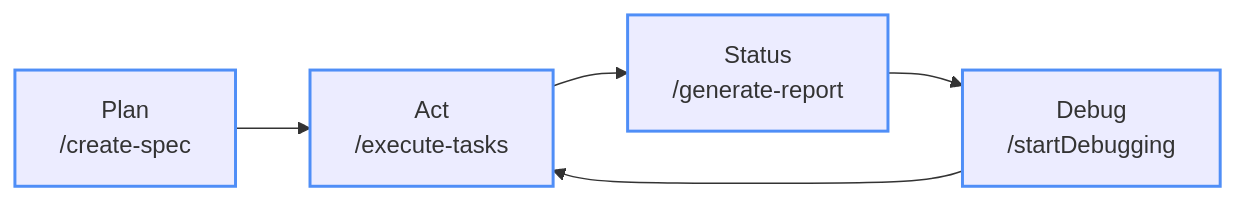
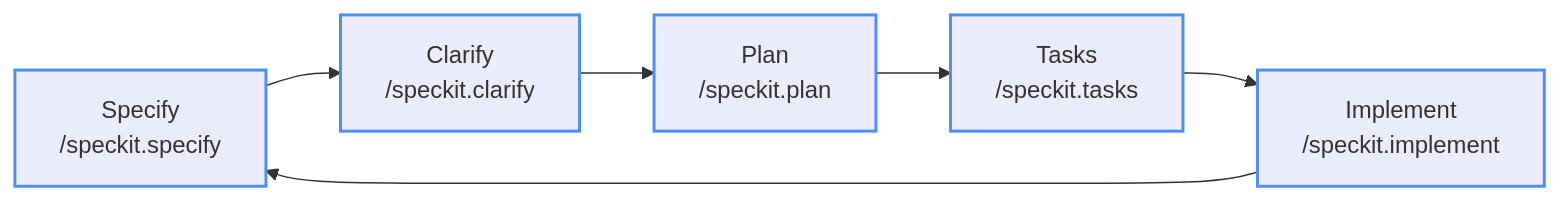
Before and after one commit to microsoft/github-copilot-advanced-hackathon: the diagram in goals/dotnet/2-requirements.md, drawn with Mermaid. The commit also changed other lines of this file and 10 other files, not shown here.

````diff
--- a/goals/dotnet/2-requirements.md
+++ b/goals/dotnet/2-requirements.md
@@ -116,11 +170,13 @@
 ```mermaid
 flowchart LR
-  Plan[Plan<br/>/create-spec] --> Act[Act<br/>/execute-tasks]
-  Act --> Status[Status<br/>/generate-report]
-  Status --> Debug[Debug<br/>/startDebugging]
-  Debug --> Act
+  Specify[Specify<br/>/speckit.specify] --> Clarify[Clarify<br/>/speckit.clarify]
+  Clarify --> Plan[Plan<br/>/speckit.plan]
+  Plan --> Tasks[Tasks<br/>/speckit.tasks]
+  Tasks --> Implement[Implement<br/>/speckit.implement]
+  Implement --> Specify
+  style Specify stroke:#4F8EF7,stroke-width:2px
+  style Clarify stroke:#4F8EF7,stroke-width:2px
   style Plan stroke:#4F8EF7,stroke-width:2px
-  style Act stroke:#4F8EF7,stroke-width:2px
-  style Status stroke:#4F8EF7,stroke-width:2px
-  style Debug stroke:#4F8EF7,stroke-width:2px
+  style Tasks stroke:#4F8EF7,stroke-width:2px
+  style Implement stroke:#4F8EF7,stroke-width:2px
 ```
````
